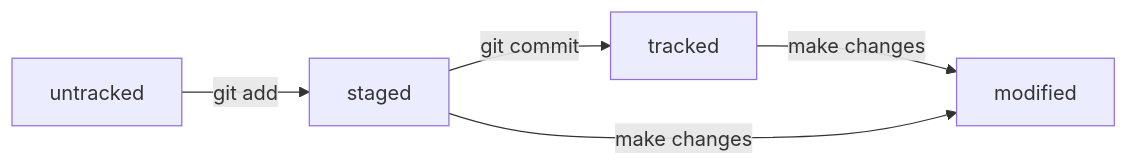
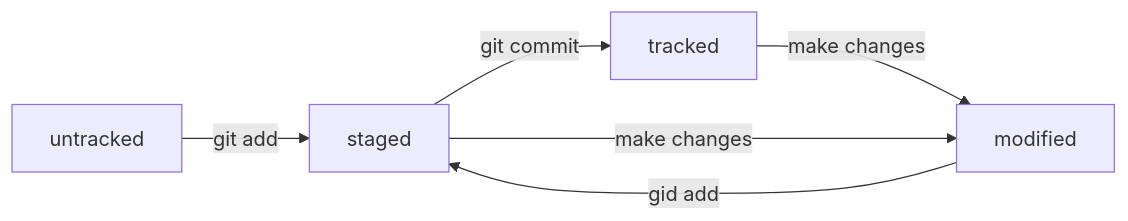
The diagram in README.md (JEvgeniy01/My-Git-intro), drawn with Mermaid before and after one commit. The commit also changed other lines of this file, not shown here.

Commit message:
Исправлена логическая ошибка в схеме статуса файлов

````diff
--- a/README.md
+++ b/README.md
@@ -188,7 +189,8 @@
 ```mermaid
 graph LR;
   untracked -- "git add" --> staged
   staged -- "git commit" --> tracked
   tracked -- "make changes" --> modified
   staged -- "make changes" --> modified
+  modified -- "gid add" --> staged
 ```
````
